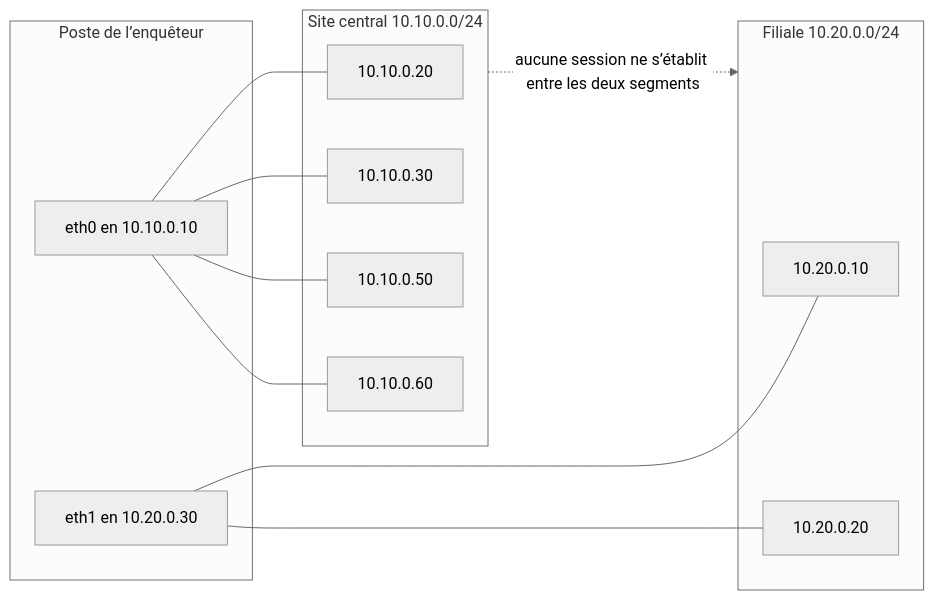
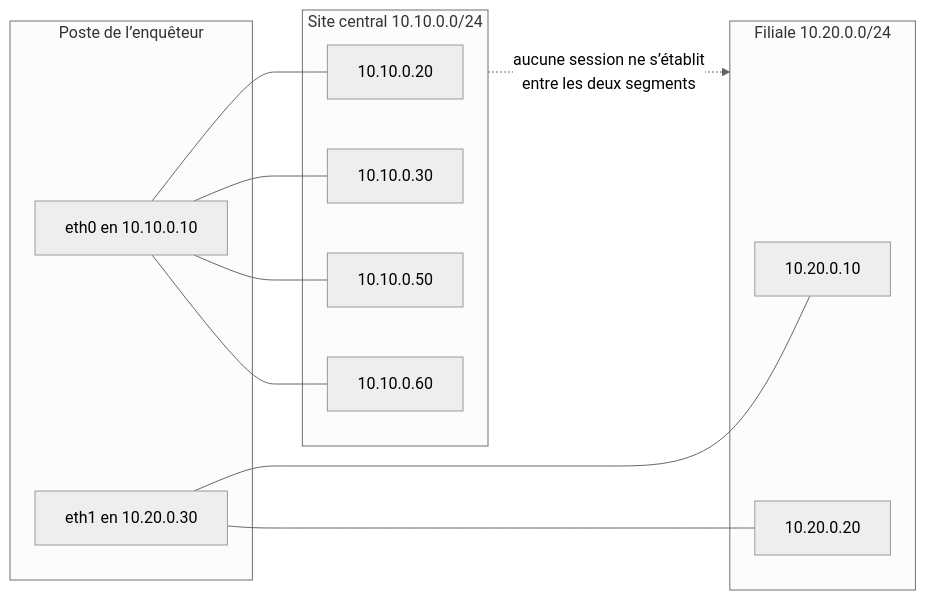
The fourth of 6 diagrams in jour-1.md (yugmerabtene/forensique-reseau-public), drawn with Mermaid (neutral theme) before and after one commit. The commit also changed other lines of this file and 2 other files, not shown here.

Commit message:
Generation: rend les schemas lisibles et documente le demarrage du laboratoire

````diff
--- a/jour-1.md
+++ b/jour-1.md
@@ -589,24 +621,24 @@
 ```mermaid
 flowchart LR
   subgraph SEG1["Site central 10.10.0.0/24"]
     APP["10.10.0.20"]
     FIC["10.10.0.30"]
     COL["10.10.0.50"]
     CPN2["10.10.0.60"]
   end
   subgraph ENQ["Poste de l’enquêteur"]
     E0["eth0 en 10.10.0.10"]
     E1["eth1 en 10.20.0.30"]
   end
   subgraph SEG2["Filiale 10.20.0.0/24"]
     CPN1["10.20.0.10"]
     FIL["10.20.0.20"]
   end
   E0 --- APP
   E0 --- FIC
   E0 --- COL
   E0 --- CPN2
   E1 --- CPN1
   E1 --- FIL
-  SEG1 -.->|"aucune session ne s’établit entre les deux segments"| SEG2
+  SEG1 -.->|"aucune session ne s’établit<br/>entre les deux segments"| SEG2
 ```
````
